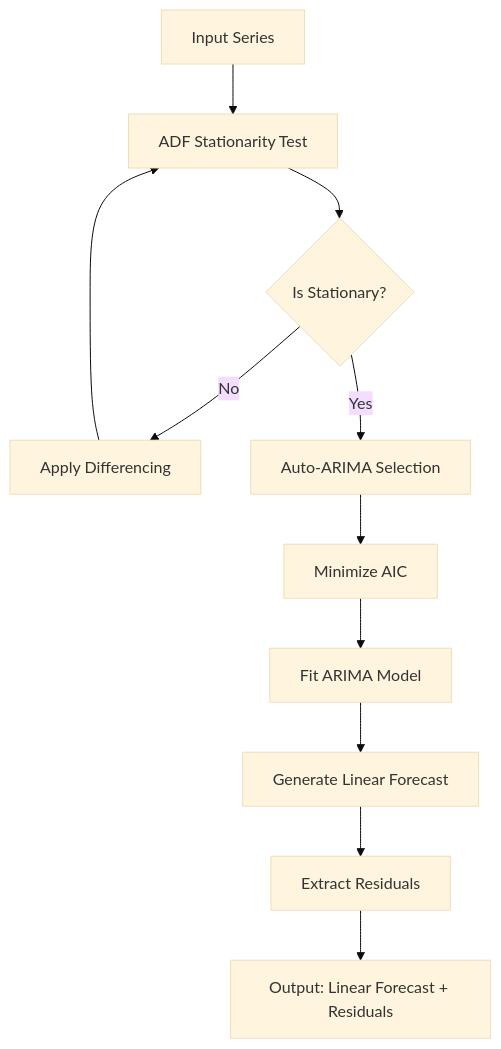
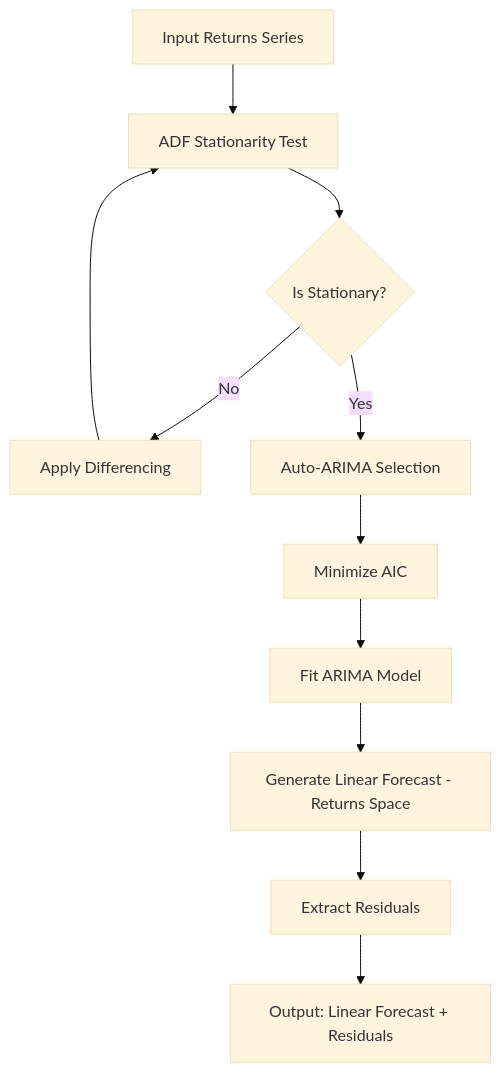
One commit to konstantin-vantukh/lstm_arima changed the fifth of 12 diagrams in plans/architecture.md. Above: the diagram before and after it, drawn with Mermaid (base theme). The commit also changed other lines of this file and 28 other files, not shown here.

Commit message:
Adds forecasts in pricing space to the ones in returns space.

````diff
--- a/plans/architecture.md
+++ b/plans/architecture.md
@@ -146,13 +174,13 @@
 ```mermaid
 flowchart TD
-    A[Input Series] --> B[ADF Stationarity Test]
+    A[Input Returns Series] --> B[ADF Stationarity Test]
     B --> C{Is Stationary?}
     C -->|No| D[Apply Differencing]
     D --> B
     C -->|Yes| E[Auto-ARIMA Selection]
     E --> F[Minimize AIC]
     F --> G[Fit ARIMA Model]
-    G --> H[Generate Linear Forecast]
+    G --> H[Generate Linear Forecast - Returns Space]
     H --> I[Extract Residuals]
     I --> J[Output: Linear Forecast + Residuals]
 ```
````
